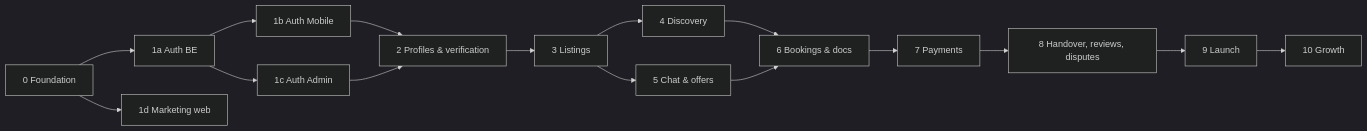
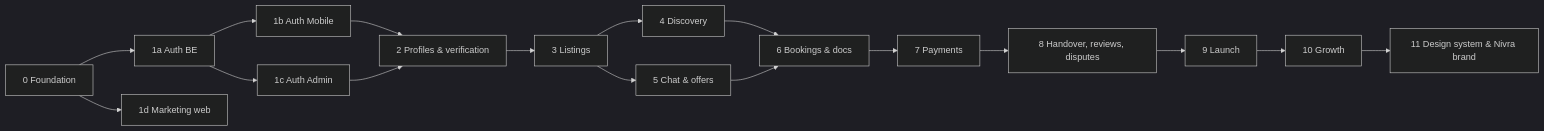
Before and after one commit to Jitesh60/nivra: the diagram in docs/PHASES.md, drawn with Mermaid (dark theme). The commit also changed other lines of this file and 42 other files, not shown here.

````diff
--- a/docs/PHASES.md
+++ b/docs/PHASES.md
@@ -37,18 +39,19 @@
 ```mermaid
 flowchart LR
   P0[0 Foundation] --> P1a[1a Auth BE]
   P1a --> P1b[1b Auth Mobile]
   P1a --> P1c[1c Auth Admin]
   P0 --> P1d[1d Marketing web]
   P1b --> P2[2 Profiles & verification]
   P1c --> P2
   P2 --> P3[3 Listings]
   P3 --> P4[4 Discovery]
   P3 --> P5[5 Chat & offers]
   P4 --> P6[6 Bookings & docs]
   P5 --> P6
   P6 --> P7[7 Payments]
   P7 --> P8[8 Handover, reviews, disputes]
   P8 --> P9[9 Launch]
   P9 --> P10[10 Growth]
+  P10 --> P11[11 Design system & Nivra brand]
 ```
````
